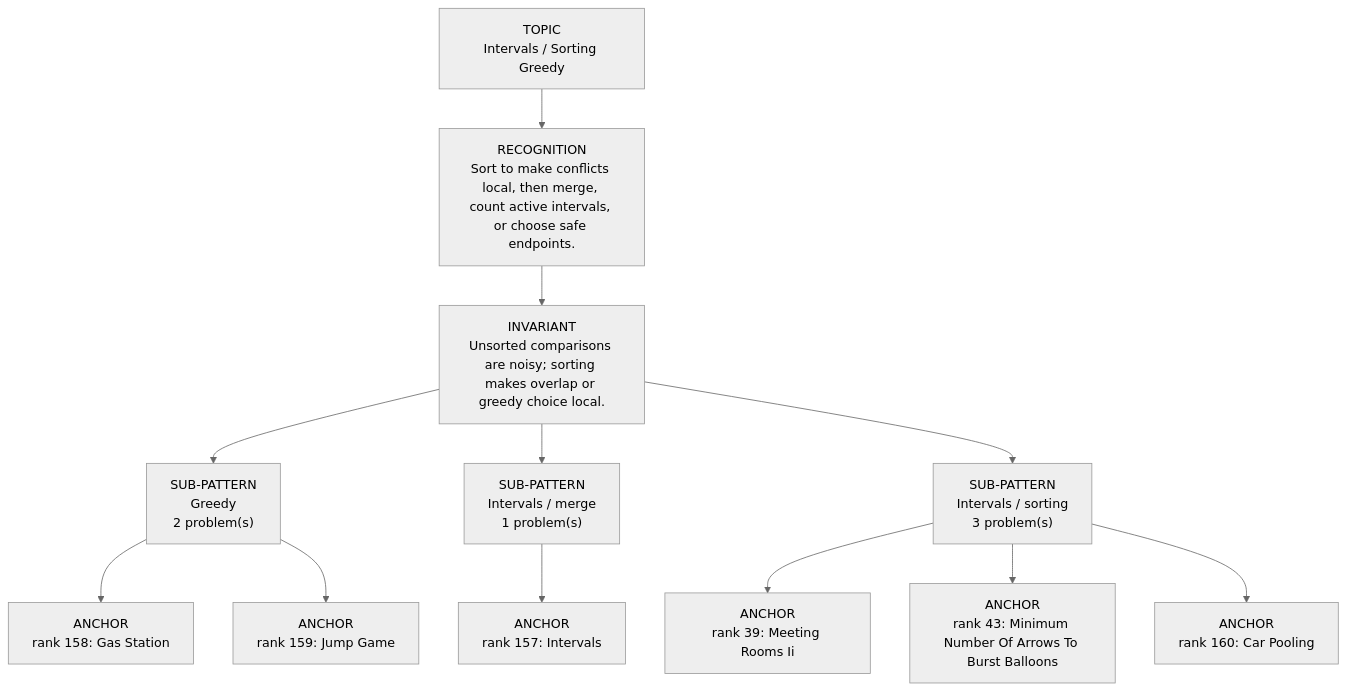
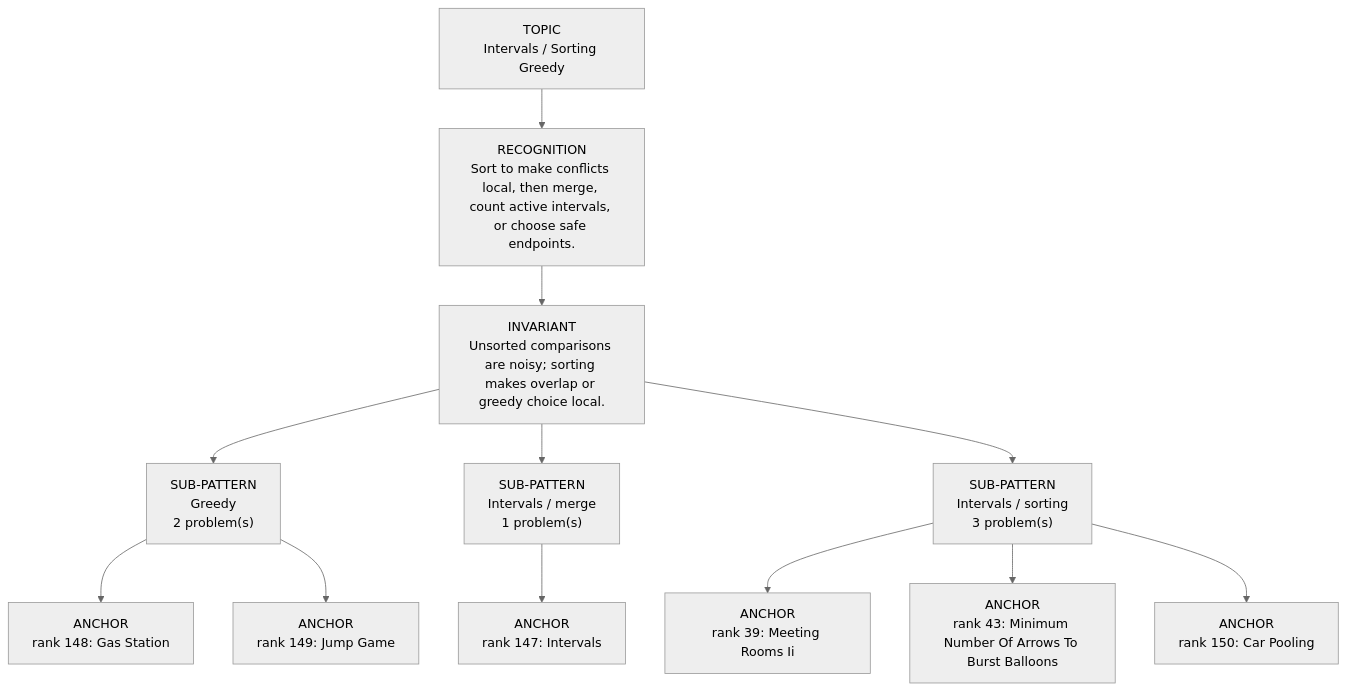
Before and after one commit to thechiranjeevjain/DSA10days: the diagram in dsa-review/interview/patterns/16_intervals_greedy.md, drawn with Mermaid (neutral theme). The commit also changed other lines of this file and 28 other files, not shown here.

````diff
--- a/dsa-review/interview/patterns/16_intervals_greedy.md
+++ b/dsa-review/interview/patterns/16_intervals_greedy.md
@@ -15,16 +15,16 @@
 ```mermaid
 flowchart TD
   Topic["TOPIC<br/>Intervals / Sorting Greedy"]
   Recognition["RECOGNITION<br/>Sort to make conflicts local, then merge, count active intervals, or choose safe endpoints."]
   Invariant["INVARIANT<br/>Unsorted comparisons are noisy; sorting makes overlap or greedy choice local."]
   Topic --> Recognition --> Invariant
   Invariant --> Sub01["SUB-PATTERN<br/>Greedy<br/>2 problem(s)"]
-  Sub01 --> Sub01A01["ANCHOR<br/>rank 158: Gas Station"]
-  Sub01 --> Sub01A02["ANCHOR<br/>rank 159: Jump Game"]
+  Sub01 --> Sub01A01["ANCHOR<br/>rank 148: Gas Station"]
+  Sub01 --> Sub01A02["ANCHOR<br/>rank 149: Jump Game"]
   Invariant --> Sub02["SUB-PATTERN<br/>Intervals / merge<br/>1 problem(s)"]
-  Sub02 --> Sub02A01["ANCHOR<br/>rank 157: Intervals"]
+  Sub02 --> Sub02A01["ANCHOR<br/>rank 147: Intervals"]
   Invariant --> Sub03["SUB-PATTERN<br/>Intervals / sorting<br/>3 problem(s)"]
   Sub03 --> Sub03A01["ANCHOR<br/>rank 39: Meeting Rooms Ii"]
   Sub03 --> Sub03A02["ANCHOR<br/>rank 43: Minimum Number Of Arrows To Burst Balloons"]
-  Sub03 --> Sub03A03["ANCHOR<br/>rank 160: Car Pooling"]
+  Sub03 --> Sub03A03["ANCHOR<br/>rank 150: Car Pooling"]
 ```
````
